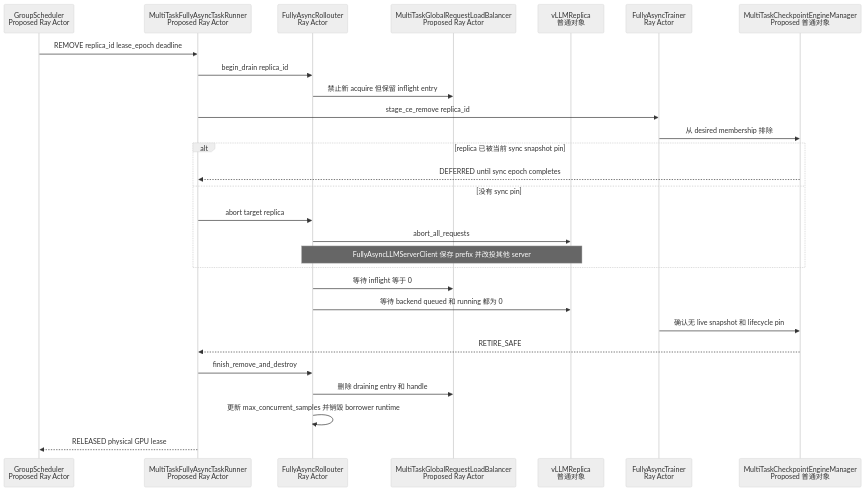
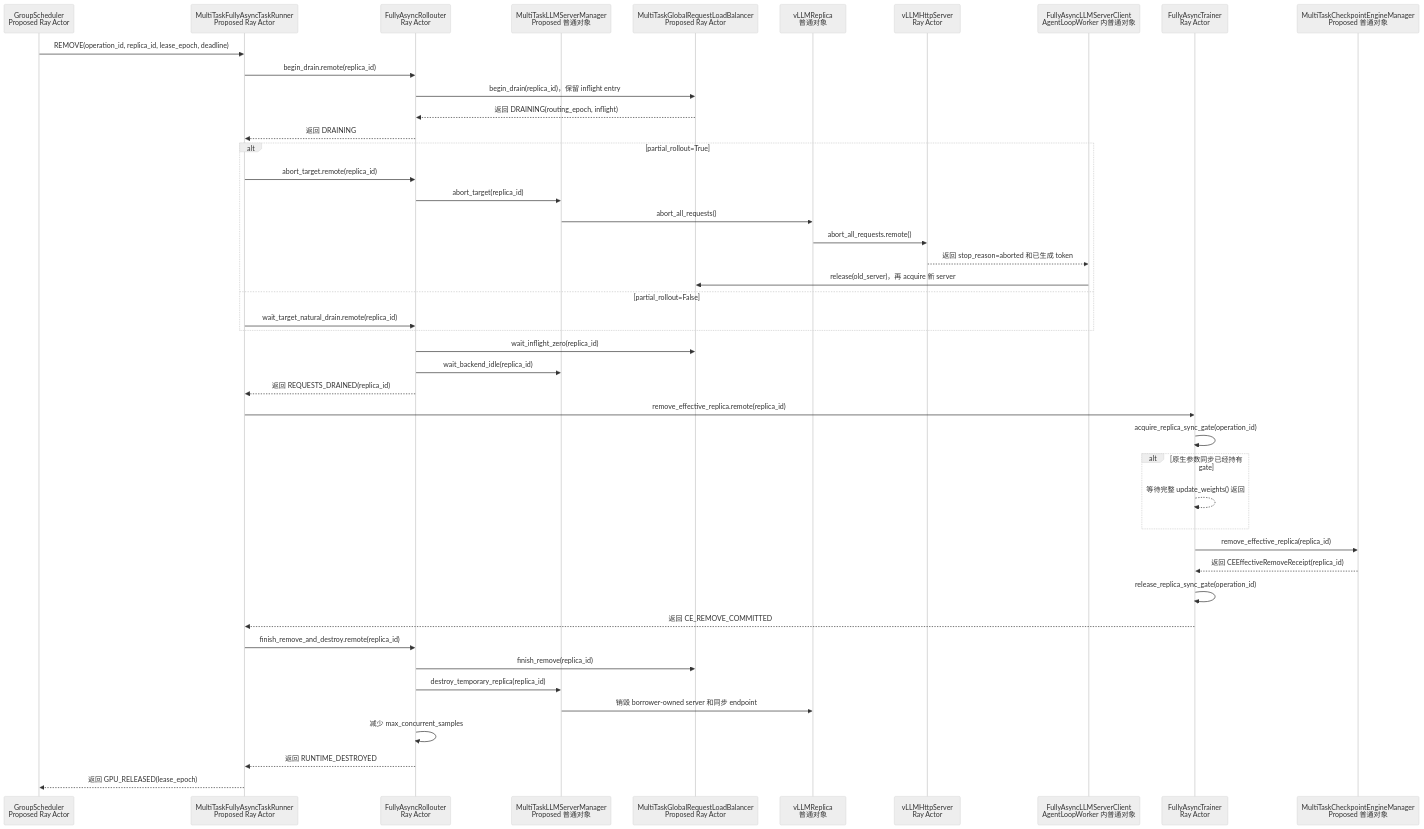
The fifth of 11 diagrams in multi_task_scheduler/references/17-verl-v0.9-dynamic-replica-scaling-timing-and-mutual-exclusion.md (niuypei/multi_task_verl), drawn with Mermaid (neutral theme) before and after one commit. The commit also changed other lines of this file and 2 other files, not shown here.

Commit message:
docs: simplify standalone replica synchronization

````diff
--- a/multi_task_scheduler/references/17-verl-v0.9-dynamic-replica-scaling-timing-and-mutual-exclusion.md
+++ b/multi_task_scheduler/references/17-verl-v0.9-dynamic-replica-scaling-timing-and-mutual-exclusion.md
@@ -435,31 +684,48 @@
 ```mermaid
 sequenceDiagram
     participant GS as GroupScheduler<br/>Proposed Ray Actor
     participant TR as MultiTaskFullyAsyncTaskRunner<br/>Proposed Ray Actor
     participant FAR as FullyAsyncRollouter<br/>Ray Actor
+    participant M as MultiTaskLLMServerManager<br/>Proposed 普通对象
     participant L as MultiTaskGlobalRequestLoadBalancer<br/>Proposed Ray Actor
     participant R as vLLMReplica<br/>普通对象
+    participant H as vLLMHttpServer<br/>Ray Actor
+    participant FC as FullyAsyncLLMServerClient<br/>AgentLoopWorker 内普通对象
     participant FAT as FullyAsyncTrainer<br/>Ray Actor
     participant C as MultiTaskCheckpointEngineManager<br/>Proposed 普通对象
 
-    GS->>TR: REMOVE replica_id lease_epoch deadline
-    TR->>FAR: begin_drain replica_id
-    FAR->>L: 禁止新 acquire 但保留 inflight entry
-    TR->>FAT: stage_ce_remove replica_id
-    FAT->>C: 从 desired membership 排除
-    alt replica 已被当前 sync snapshot pin
-        C-->>TR: DEFERRED until sync epoch completes
-    else 没有 sync pin
-        TR->>FAR: abort target replica
-        FAR->>R: abort_all_requests
-        Note over FAR,R: FullyAsyncLLMServerClient 保存 prefix 并改投其他 server
+    GS->>TR: REMOVE(operation_id, replica_id, lease_epoch, deadline)
+    TR->>FAR: begin_drain.remote(replica_id)
+    FAR->>L: begin_drain(replica_id)，保留 inflight entry
+    L-->>FAR: 返回 DRAINING(routing_epoch, inflight)
+    FAR-->>TR: 返回 DRAINING
+    alt partial_rollout=True
+        TR->>FAR: abort_target.remote(replica_id)
+        FAR->>M: abort_target(replica_id)
+        M->>R: abort_all_requests()
+        R->>H: abort_all_requests.remote()
+        H-->>FC: 返回 stop_reason=aborted 和已生成 token
+        FC->>L: release(old_server)，再 acquire 新 server
+    else partial_rollout=False
+        TR->>FAR: wait_target_natural_drain.remote(replica_id)
     end
-    FAR->>L: 等待 inflight 等于 0
-    FAR->>R: 等待 backend queued 和 running 都为 0
-    FAT->>C: 确认无 live snapshot 和 lifecycle pin
-    C-->>TR: RETIRE_SAFE
-    TR->>FAR: finish_remove_and_destroy
-    FAR->>L: 删除 draining entry 和 handle
-    FAR->>FAR: 更新 max_concurrent_samples 并销毁 borrower runtime
-    TR-->>GS: RELEASED physical GPU lease
+    FAR->>L: wait_inflight_zero(replica_id)
+    FAR->>M: wait_backend_idle(replica_id)
+    FAR-->>TR: 返回 REQUESTS_DRAINED(replica_id)
+    TR->>FAT: remove_effective_replica.remote(replica_id)
+    FAT->>FAT: acquire_replica_sync_gate(operation_id)
+    alt 原生参数同步已经持有 gate
+        FAT-->>FAT: 等待完整 update_weights() 返回
+    end
+    FAT->>C: remove_effective_replica(replica_id)
+    C-->>FAT: 返回 CEEffectiveRemoveReceipt(replica_id)
+    FAT->>FAT: release_replica_sync_gate(operation_id)
+    FAT-->>TR: 返回 CE_REMOVE_COMMITTED
+    TR->>FAR: finish_remove_and_destroy.remote(replica_id)
+    FAR->>L: finish_remove(replica_id)
+    FAR->>M: destroy_temporary_replica(replica_id)
+    M->>R: 销毁 borrower-owned server 和同步 endpoint
+    FAR->>FAR: 减少 max_concurrent_samples
+    FAR-->>TR: 返回 RUNTIME_DESTROYED
+    TR-->>GS: 返回 GPU_RELEASED(lease_epoch)
 ```
````
